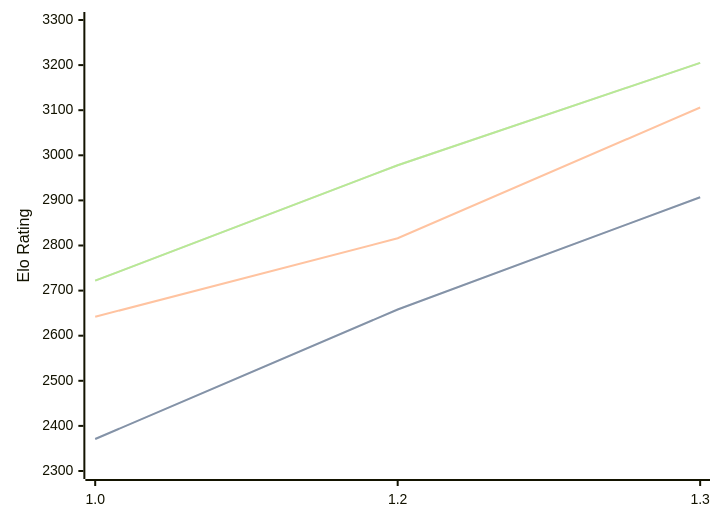
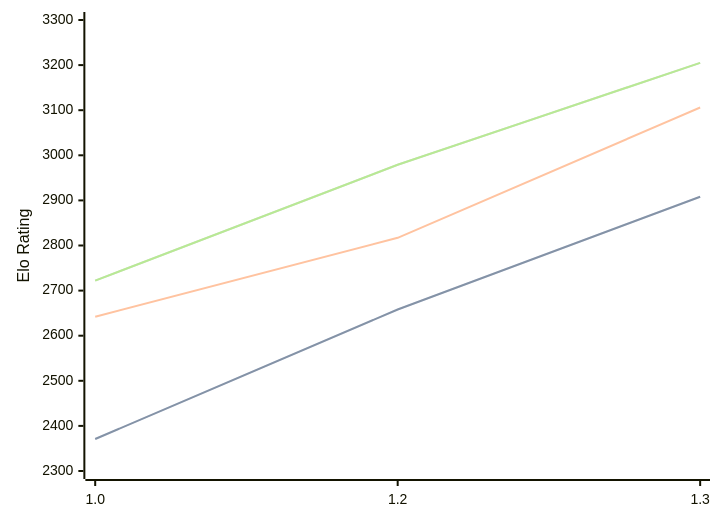
One commit to computer-chess-index/cci changed the diagram in engines/Chessnix.md. Above: the diagram before and after it, drawn with Mermaid. The commit also changed other lines of this file, not shown here.

Commit message:
Update CCI Ratings (ELO VLTC) - 2026-04-19

````diff
--- a/engines/Chessnix.md
+++ b/engines/Chessnix.md
@@ -35,11 +35,11 @@
 ```mermaid
 %%{init: {"theme":"base","themeVariables":{"seriesColors:['#a3a3a3','#222221','#faa371']}}}%%
 xychart-beta
   x-axis ["1.0", "1.2", "1.3"]
   y-axis "Elo Rating" 2300 --> 3300
-  line "STC (8.0+0.08s)" [2371, 2658, 2907]
-  line "STC (8.0+0.08s)" [2371, 2658, 2907]
-  line "LTC (60.0+0.60s)" [2642, 2816, 3106]
-  line "VLTC (2m24s+1.12s)" [2722, 2978, 3205]
-  line "VLTC (2m24s+1.12s)" [2722, 2978, 3205]
+  line "STC (8.0+0.08s)" [2371, 2658, 2908]
+  line "STC (8.0+0.08s)" [2371, 2658, 2908]
+  line "LTC (60.0+0.60s)" [2642, 2817, 3106]
+  line "VLTC (2m24s+1.12s)" [2722, 2979, 3205]
+  line "VLTC (2m24s+1.12s)" [2722, 2979, 3205]
 ```
````
